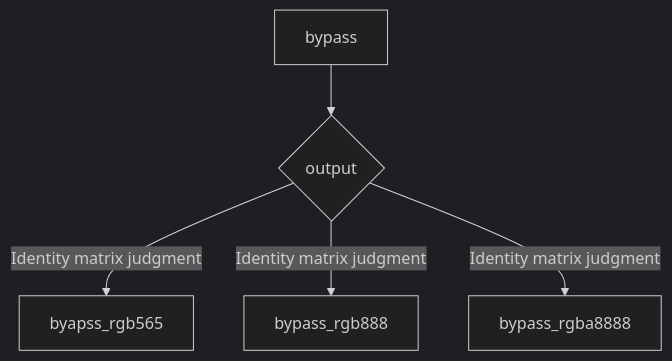
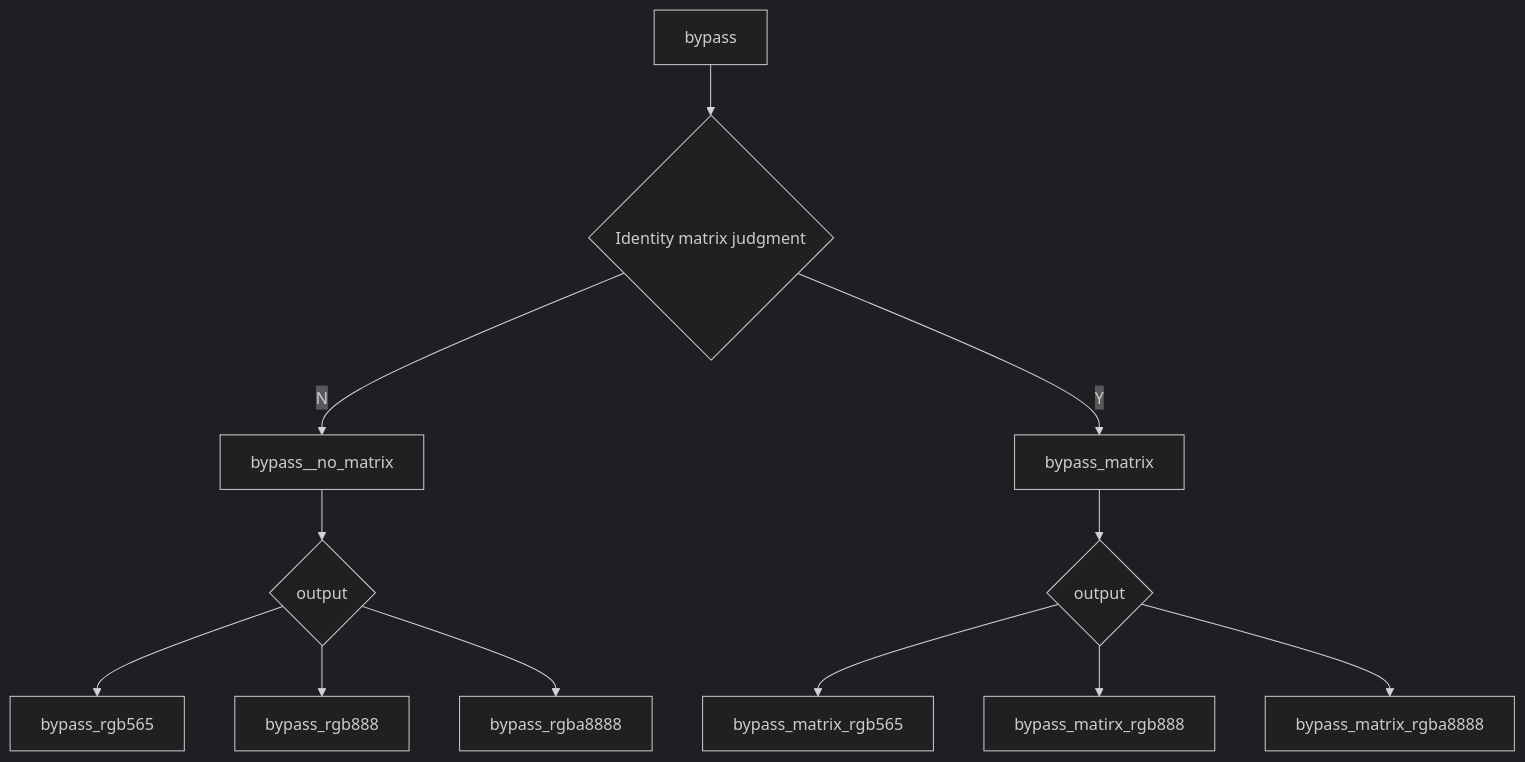
The second of 19 diagrams in doc/source/Design/index.md (realmcu/HoneyGUI), drawn with Mermaid (dark theme) before and after one commit. The commit also changed other lines of this file, not shown here.

First line of the commit message:
GUI: sw doc add bypass matrix mode

````diff
--- a/doc/source/Design/index.md
+++ b/doc/source/Design/index.md
@@ -292,7 +292,14 @@
 ```{mermaid}
 graph TD
-bypass --> b{output}
-b --> |Identity matrix judgment| byapss_rgb565
-b --> |Identity matrix judgment| bypass_rgb888
-b --> |Identity matrix judgment| bypass_rgba8888
+bypass --> b{Identity matrix judgment}
+b --> |N|bypass__no_matrix
+bypass__no_matrix -->bypass_no_matrix_output{output}
+bypass_no_matrix_output -->bypass_rgb565
+bypass_no_matrix_output -->bypass_rgb888
+bypass_no_matrix_output -->bypass_rgba8888
+b --> |Y|bypass_matrix
+bypass_matrix --> bypass_matrix_output{output}
+bypass_matrix_output -->bypass_matrix_rgb565
+bypass_matrix_output -->bypass_matirx_rgb888
+bypass_matrix_output -->bypass_matrix_rgba8888
 ```
````
